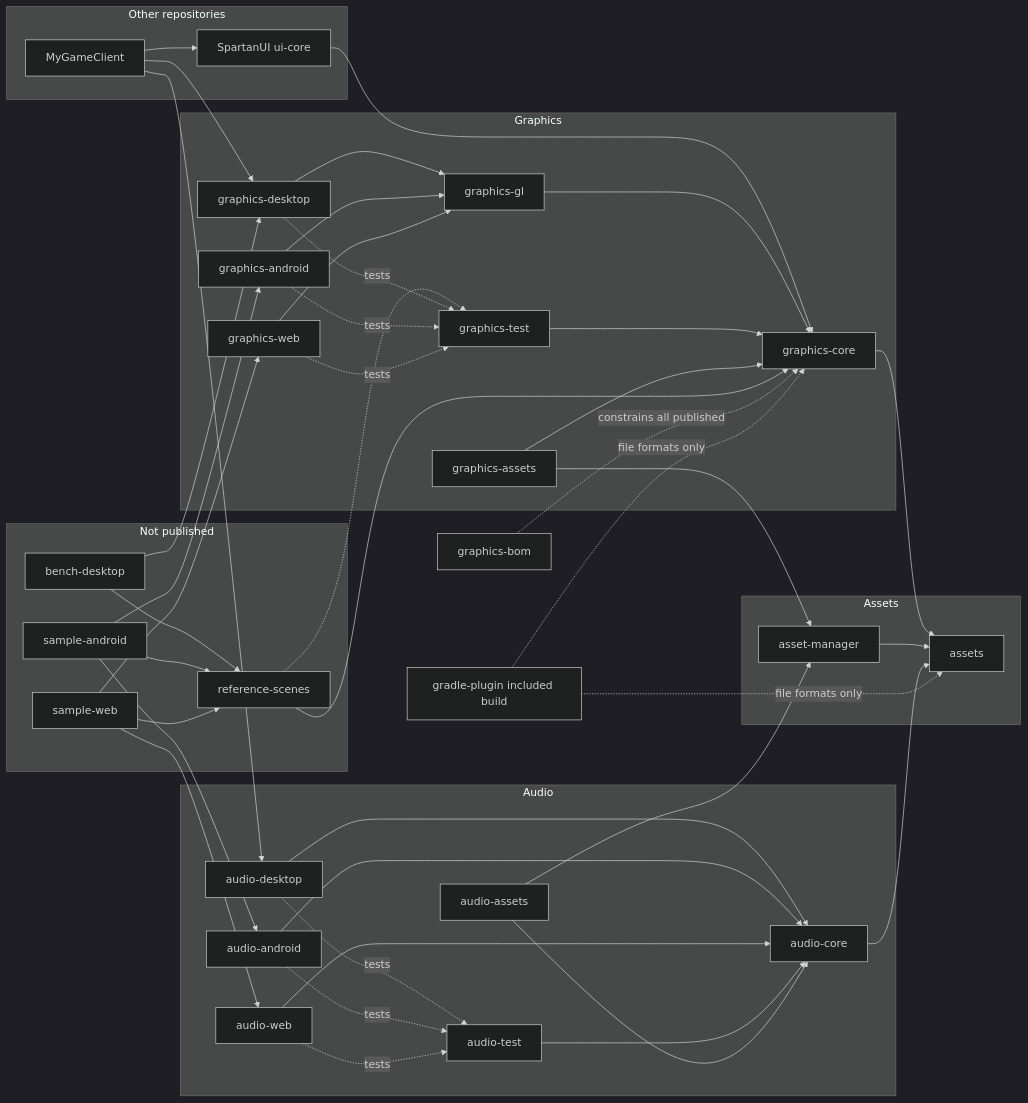
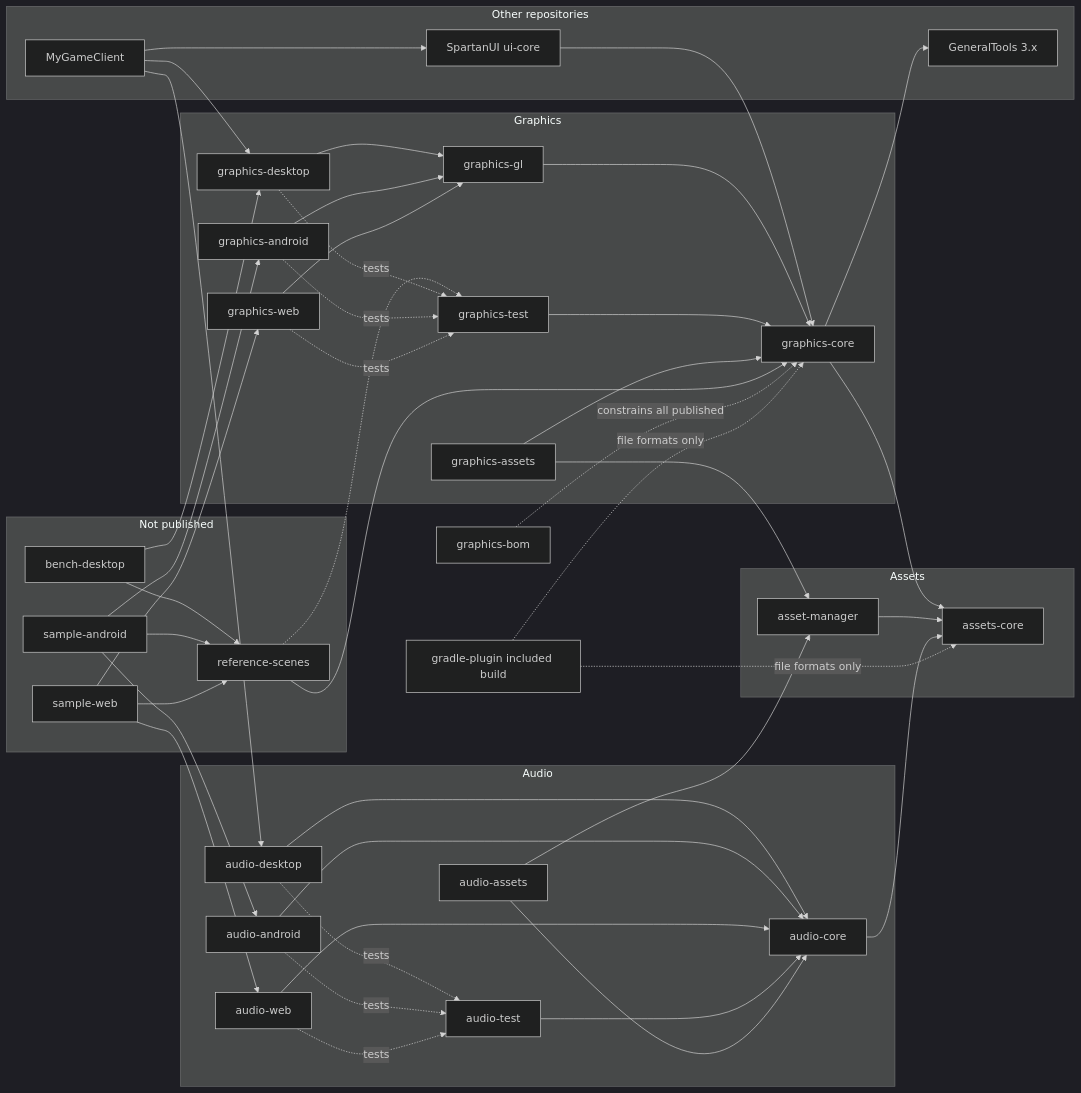
The first of 2 diagrams in docs/roadmap/vision-and-roadmap.md (SpartanLaboratories/SpartanGraphics), drawn with Mermaid (dark theme) before and after one commit. The commit also changed other lines of this file and 1 other file, not shown here.

First line of the commit message:
Settle the roadmap's module, guard and basic-type decisions

```diff
--- a/docs/roadmap/vision-and-roadmap.md
+++ b/docs/roadmap/vision-and-roadmap.md
@@ -262,6 +290,7 @@
   subgraph ext[Other repositories]
     UI[SpartanUI ui-core]
     CLIENT[MyGameClient]
+    GT[GeneralTools 3.x]
   end
 
   subgraph gfx[Graphics]
@@ -275,7 +304,7 @@
   end
 
   subgraph ast[Assets]
-    ASSETS[assets]
+    ASSETS[assets-core]
     MGR[asset-manager]
   end
 
@@ -304,6 +333,7 @@
   CLIENT --> ADESK
 
   CORE --> ASSETS
+  CORE --> GT
   GL --> CORE
   DESK --> GL
   AND --> GL
```
